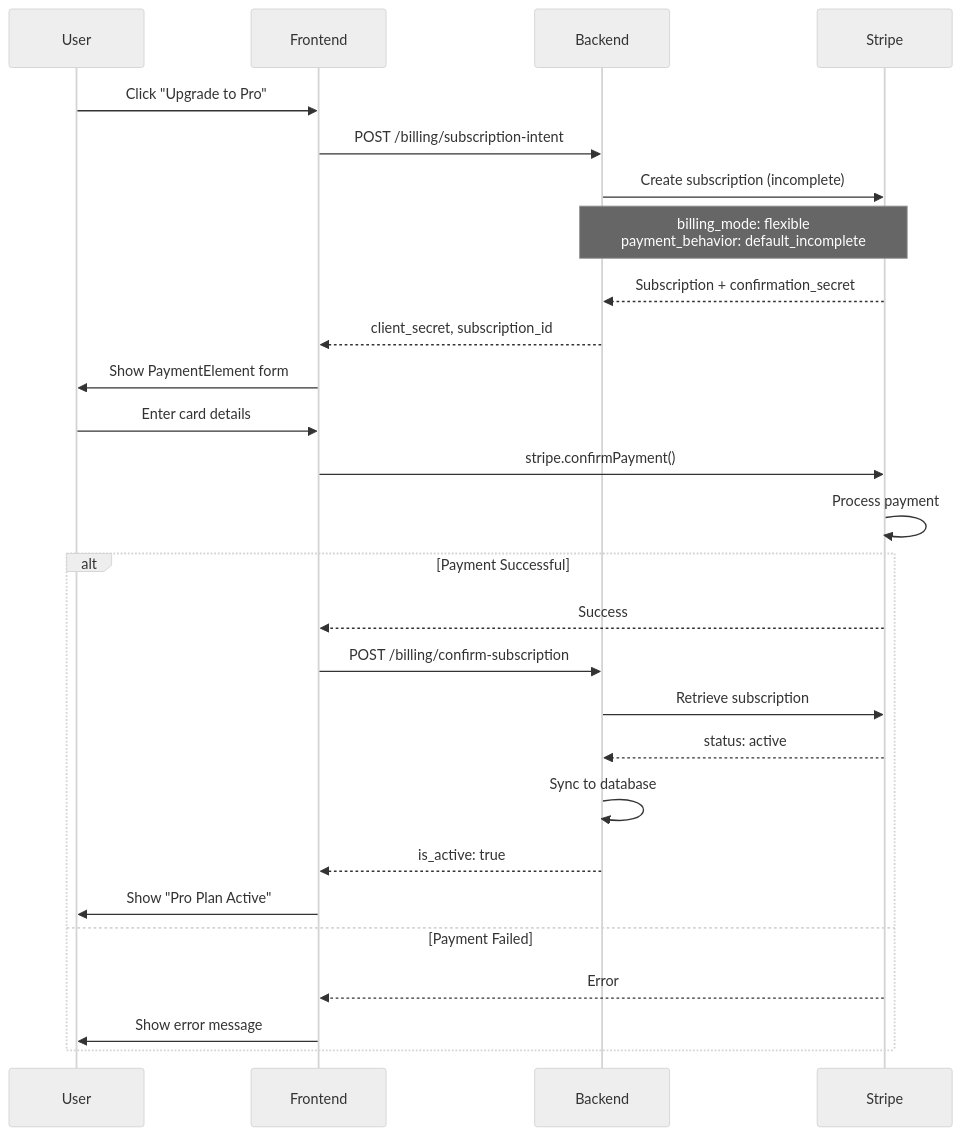
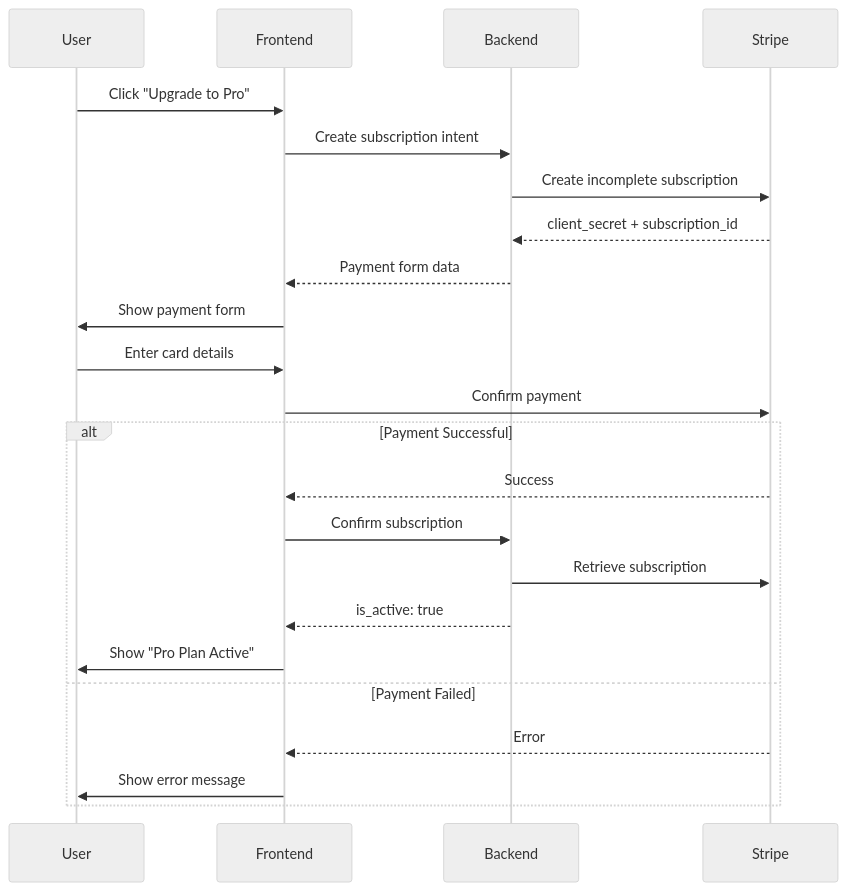
The first of 3 diagrams in docs/features/billing.md (pikaia-dev/pikaia), drawn with Mermaid (neutral theme) before and after one commit. The commit also changed other lines of this file and 5 other files, not shown here.

````diff
--- a/docs/features/billing.md
+++ b/docs/features/billing.md
@@ -15,32 +13,28 @@
 ```mermaid
 sequenceDiagram
     participant User
     participant Frontend
     participant Backend
     participant Stripe
 
     User->>Frontend: Click "Upgrade to Pro"
-    Frontend->>Backend: POST /billing/subscription-intent
-    Backend->>Stripe: Create subscription (incomplete)
-    Note over Backend,Stripe: billing_mode: flexible<br/>payment_behavior: default_incomplete
-    Stripe-->>Backend: Subscription + confirmation_secret
-    Backend-->>Frontend: client_secret, subscription_id
+    Frontend->>Backend: Create subscription intent
+    Backend->>Stripe: Create incomplete subscription
+    Stripe-->>Backend: client_secret + subscription_id
+    Backend-->>Frontend: Payment form data
     
-    Frontend->>User: Show PaymentElement form
+    Frontend->>User: Show payment form
     User->>Frontend: Enter card details
-    Frontend->>Stripe: stripe.confirmPayment()
-    Stripe->>Stripe: Process payment
+    Frontend->>Stripe: Confirm payment
     
     alt Payment Successful
         Stripe-->>Frontend: Success
-        Frontend->>Backend: POST /billing/confirm-subscription
+        Frontend->>Backend: Confirm subscription
         Backend->>Stripe: Retrieve subscription
-        Stripe-->>Backend: status: active
-        Backend->>Backend: Sync to database
         Backend-->>Frontend: is_active: true
         Frontend->>User: Show "Pro Plan Active"
     else Payment Failed
         Stripe-->>Frontend: Error
         Frontend->>User: Show error message
     end
 ```
````
